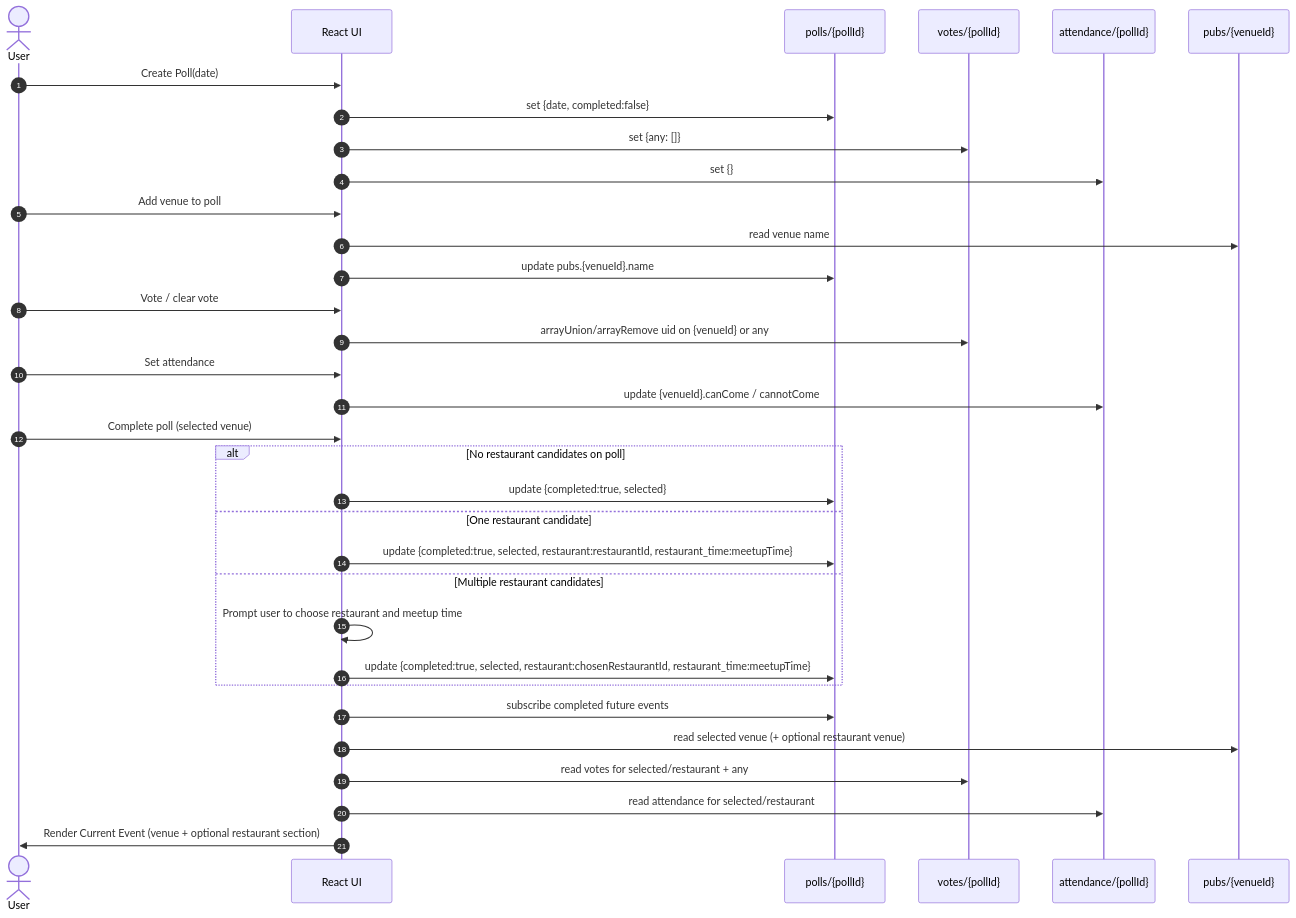
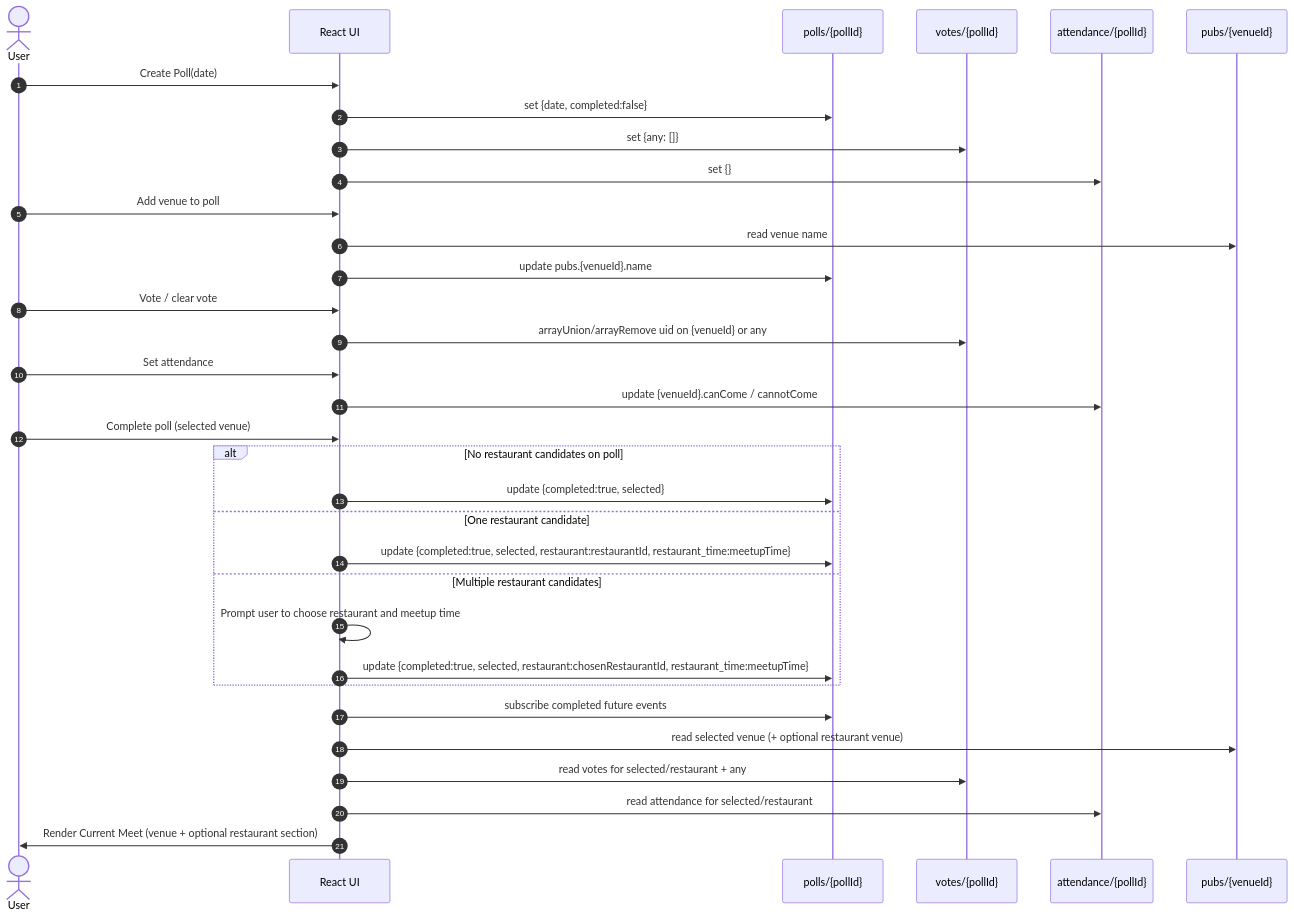
One commit to cbehopkins/pubnightpicker changed the diagram in react/docs/firestore-data-contract.md. Above: the diagram before and after it, drawn with Mermaid. The commit also changed other lines of this file and 119 other files, not shown here.

First line of the commit message:
Integrate meet venue naming (#169)

````diff
--- a/react/docs/firestore-data-contract.md
+++ b/react/docs/firestore-data-contract.md
@@ -256,41 +267,41 @@
 ```mermaid
 sequenceDiagram
 	autonumber
 	actor U as User
 	participant UI as React UI
 	participant P as polls/{pollId}
 	participant V as votes/{pollId}
 	participant A as attendance/{pollId}
 	participant PUB as pubs/{venueId}
 
 	U->>UI: Create Poll(date)
 	UI->>P: set {date, completed:false}
 	UI->>V: set {any: []}
 	UI->>A: set {}
 
 	U->>UI: Add venue to poll
 	UI->>PUB: read venue name
 	UI->>P: update pubs.{venueId}.name
 
 	U->>UI: Vote / clear vote
 	UI->>V: arrayUnion/arrayRemove uid on {venueId} or any
 
 	U->>UI: Set attendance
 	UI->>A: update {venueId}.canCome / cannotCome
 
 	U->>UI: Complete poll (selected venue)
 	alt No restaurant candidates on poll
 		UI->>P: update {completed:true, selected}
 	else One restaurant candidate
 		UI->>P: update {completed:true, selected, restaurant:restaurantId, restaurant_time:meetupTime}
 	else Multiple restaurant candidates
 		UI->>UI: Prompt user to choose restaurant and meetup time
 		UI->>P: update {completed:true, selected, restaurant:chosenRestaurantId, restaurant_time:meetupTime}
 	end
 
 	UI->>P: subscribe completed future events
 	UI->>PUB: read selected venue (+ optional restaurant venue)
 	UI->>V: read votes for selected/restaurant + any
 	UI->>A: read attendance for selected/restaurant
-	UI->>U: Render Current Event (venue + optional restaurant section)
+	UI->>U: Render Current Meet (venue + optional restaurant section)
 ```
````
